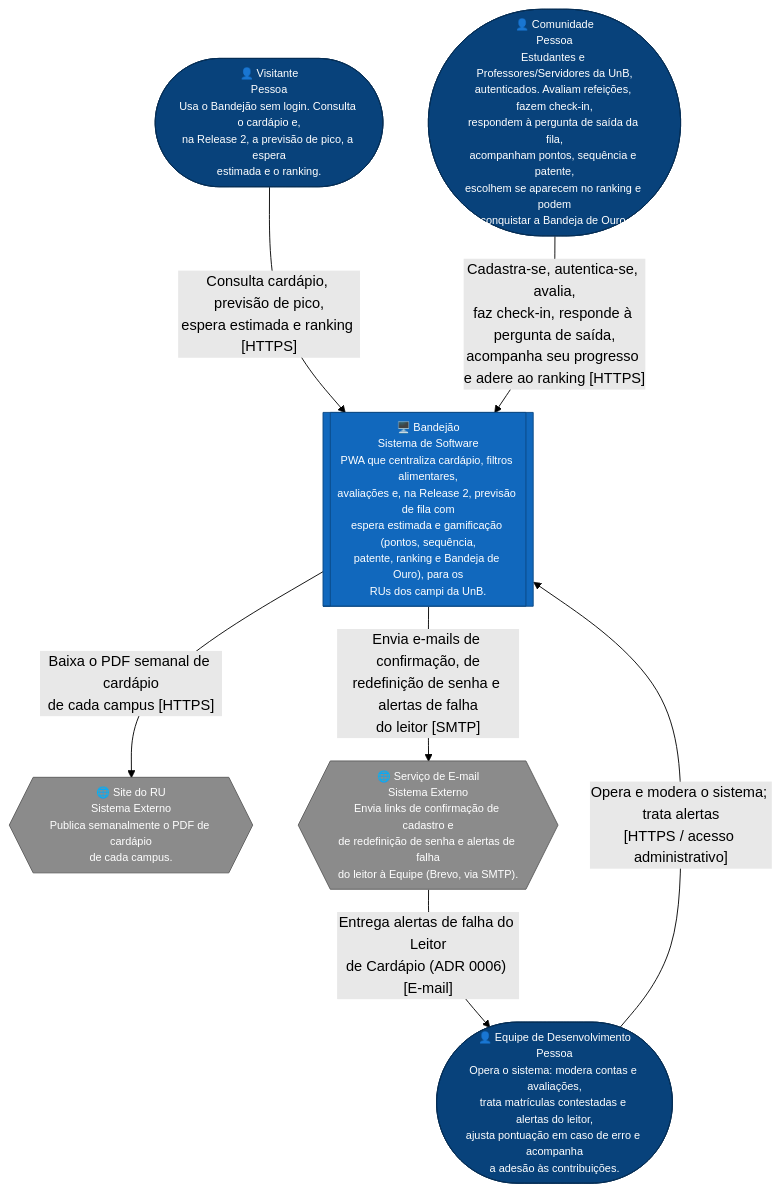
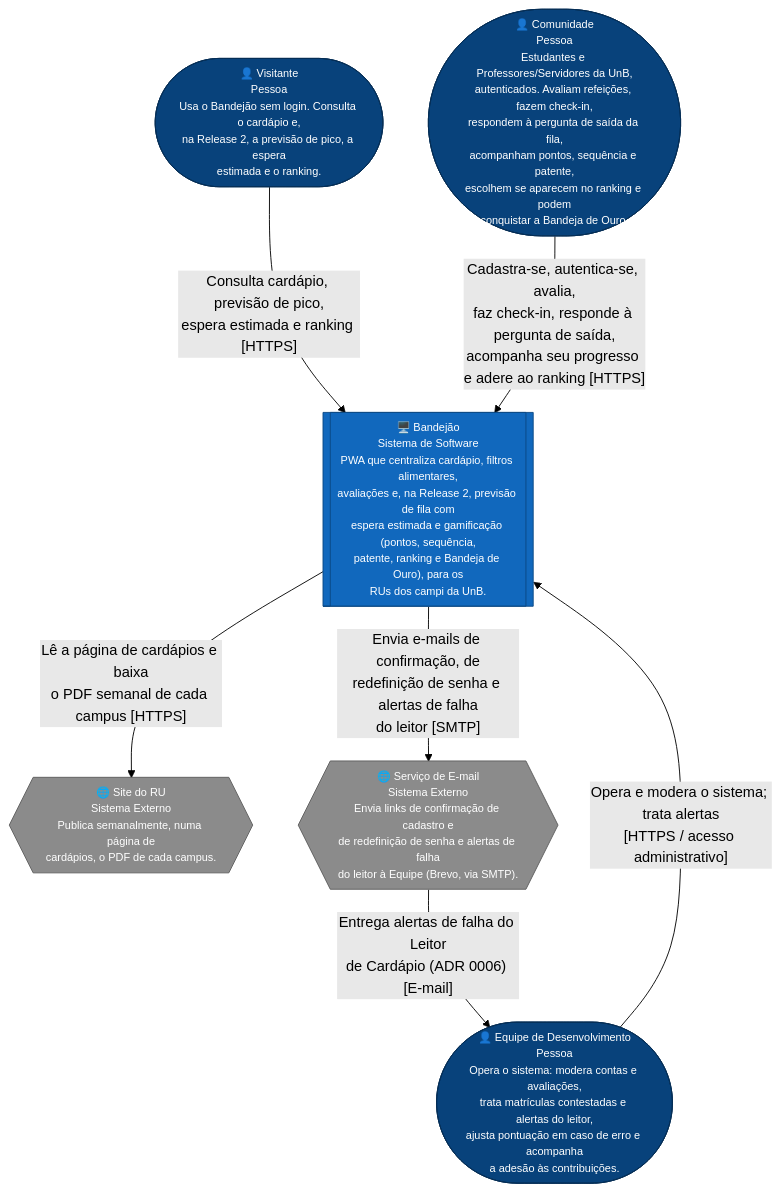
Before and after one commit to unb-mds/2026-2-Bandejao-UnB: the first of 2 diagrams in docs/arquitetura/c4-niveis-1-2.md, drawn with Mermaid (forest theme). The commit also changed other lines of this file and 13 other files, not shown here.

First line of the commit message:
docs(adr): ADR 0014 — descoberta do PDF de cada campus na página do RU

````diff
--- a/docs/arquitetura/c4-niveis-1-2.md
+++ b/docs/arquitetura/c4-niveis-1-2.md
@@ -47,63 +48,63 @@
 ```mermaid
 flowchart TB
   visitante(["👤 Visitante
 Pessoa
 Usa o Bandejão sem login. Consulta o cardápio e,
 na Release 2, a previsão de pico, a espera
 estimada e o ranking."])
   comunidade(["👤 Comunidade
 Pessoa
 Estudantes e Professores/Servidores da UnB,
 autenticados. Avaliam refeições, fazem check-in,
 respondem à pergunta de saída da fila,
 acompanham pontos, sequência e patente,
 escolhem se aparecem no ranking e podem
 conquistar a Bandeja de Ouro."])
   equipe(["👤 Equipe de Desenvolvimento
 Pessoa
 Opera o sistema: modera contas e avaliações,
 trata matrículas contestadas e alertas do leitor,
 ajusta pontuação em caso de erro e acompanha
 a adesão às contribuições."])
 
   bandejao[["🖥️ Bandejão
 Sistema de Software
 PWA que centraliza cardápio, filtros alimentares,
 avaliações e, na Release 2, previsão de fila com
 espera estimada e gamificação (pontos, sequência,
 patente, ranking e Bandeja de Ouro), para os
 RUs dos campi da UnB."]]
 
   site_ru{{"🌐 Site do RU
 Sistema Externo
-Publica semanalmente o PDF de cardápio
-de cada campus."}}
+Publica semanalmente, numa página de
+cardápios, o PDF de cada campus."}}
   email_svc{{"🌐 Serviço de E-mail
 Sistema Externo
 Envia links de confirmação de cadastro e
 de redefinição de senha e alertas de falha
 do leitor à Equipe (Brevo, via SMTP)."}}
 
   visitante -->|"Consulta cardápio, previsão de pico,
 espera estimada e ranking [HTTPS]"| bandejao
   comunidade -->|"Cadastra-se, autentica-se, avalia,
 faz check-in, responde à pergunta de saída,
 acompanha seu progresso e adere ao ranking [HTTPS]"| bandejao
   equipe -->|"Opera e modera o sistema; trata alertas
 [HTTPS / acesso administrativo]"| bandejao
-  bandejao -->|"Baixa o PDF semanal de cardápio
-de cada campus [HTTPS]"| site_ru
+  bandejao -->|"Lê a página de cardápios e baixa
+o PDF semanal de cada campus [HTTPS]"| site_ru
   bandejao -->|"Envia e-mails de confirmação, de
 redefinição de senha e alertas de falha
 do leitor [SMTP]"| email_svc
   email_svc -->|"Entrega alertas de falha do Leitor
 de Cardápio (ADR 0006) [E-mail]"| equipe
 
   classDef person fill:#08427b,stroke:#052e56,color:#fff,font-size:12px
   classDef system fill:#1168bd,stroke:#0b4884,color:#fff,font-size:12px
   classDef external fill:#8b8b8b,stroke:#5c5c5c,color:#fff,font-size:12px
 
   class visitante,comunidade,equipe person
   class bandejao system
   class site_ru,email_svc external
 ```
````
